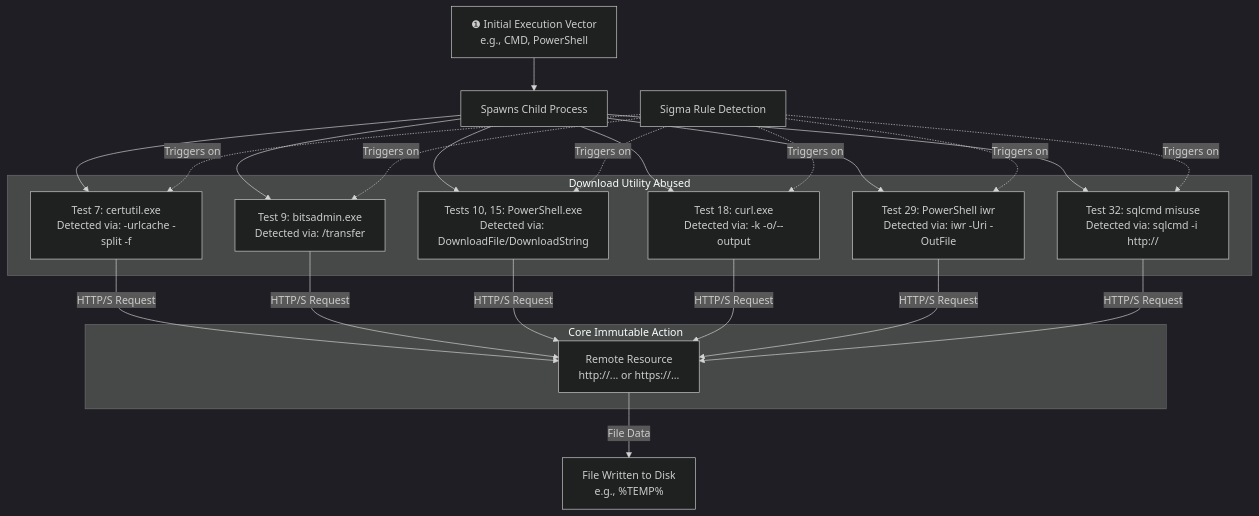
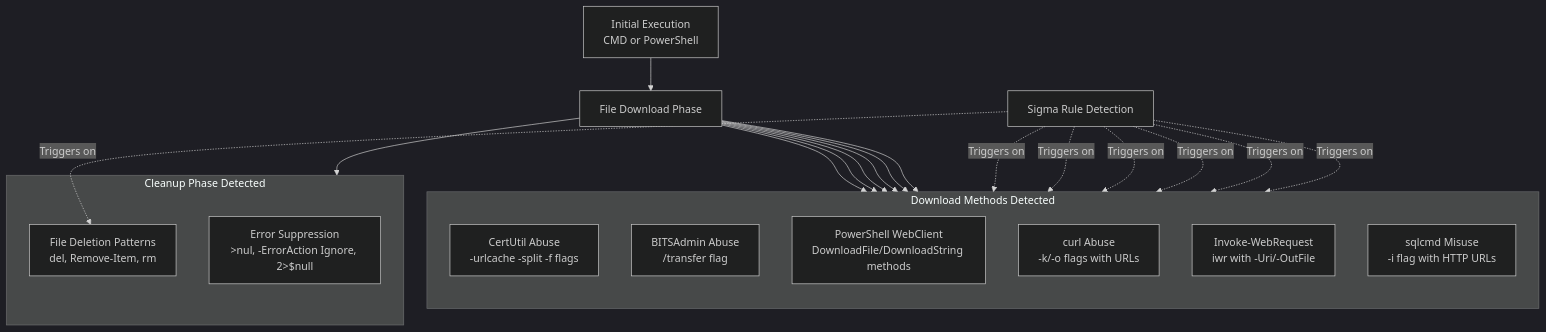
Before and after one commit to khaireddinechebbi/APTs-Detection-Framework: the diagram in Reports/Techniques/T1105.md, drawn with Mermaid (dark theme). The commit also changed other lines of this file and 6 other files, not shown here.

````diff
--- a/Reports/Techniques/T1105.md
+++ b/Reports/Techniques/T1105.md
@@ -18,40 +15,36 @@
 ```mermaid
 flowchart TD
-A["❶ Initial Execution Vector<br>e.g., CMD, PowerShell"] --> B["Spawns Child Process"];
+A["Initial Execution<br>CMD or PowerShell"] --> B["File Download Phase"];
 
-subgraph B1[Download Utility Abused]
-    B2["Test 7: certutil.exe<br>Detected via: -urlcache -split -f"]
-    B3["Test 9: bitsadmin.exe<br>Detected via: /transfer"]
-    B4["Tests 10, 15: PowerShell.exe<br>Detected via: DownloadFile/DownloadString"]
-    B5["Test 18: curl.exe<br>Detected via: -k -o/--output"]
-    B6["Test 29: PowerShell iwr<br>Detected via: iwr -Uri -OutFile"]
-    B7["Test 32: sqlcmd misuse<br>Detected via: sqlcmd -i http://"]
+subgraph B1[Download Methods Detected]
+    direction TB
+    C["CertUtil Abuse<br>-urlcache -split -f flags"]
+    D["BITSAdmin Abuse<br>/transfer flag"]
+    E["PowerShell WebClient<br>DownloadFile/DownloadString methods"]
+    F["curl Abuse<br>-k/-o flags with URLs"]
+    G["Invoke-WebRequest<br>iwr with -Uri/-OutFile"]
+    H["sqlcmd Misuse<br>-i flag with HTTP URLs"]
 end
 
-B --> B2
-B --> B3
-B --> B4
-B --> B5
-B --> B6
-B --> B7
+B --> C
+B --> D
+B --> E
+B --> F
+B --> G
+B --> H
 
-subgraph C[Core Immutable Action]
-    D["Remote Resource<br>http://... or https://..."]
+subgraph I[Cleanup Phase Detected]
+    J["File Deletion Patterns<br>del, Remove-Item, rm"]
+    K["Error Suppression<br>>nul, -ErrorAction Ignore, 2>$null"]
 end
 
-B2 -- "HTTP/S Request" --> D
-B3 -- "HTTP/S Request" --> D
-B4 -- "HTTP/S Request" --> D
-B5 -- "HTTP/S Request" --> D
-B6 -- "HTTP/S Request" --> D
-B7 -- "HTTP/S Request" --> D
+B --> I
 
-D -- "File Data" --> E["File Written to Disk<br>e.g., %TEMP%"]
-
-F["Sigma Rule Detection"] -.->|Triggers on| B2
-F -.->|Triggers on| B3
-F -.->|Triggers on| B4
-F -.->|Triggers on| B5
-F -.->|Triggers on| B6
-F -.->|Triggers on| B7
+L["Sigma Rule Detection"] -.->|Triggers on| C
+L -.->|Triggers on| D
+L -.->|Triggers on| E
+L -.->|Triggers on| F
+L -.->|Triggers on| G
+L -.->|Triggers on| H
+L -.->|Triggers on| J
 ```
````
